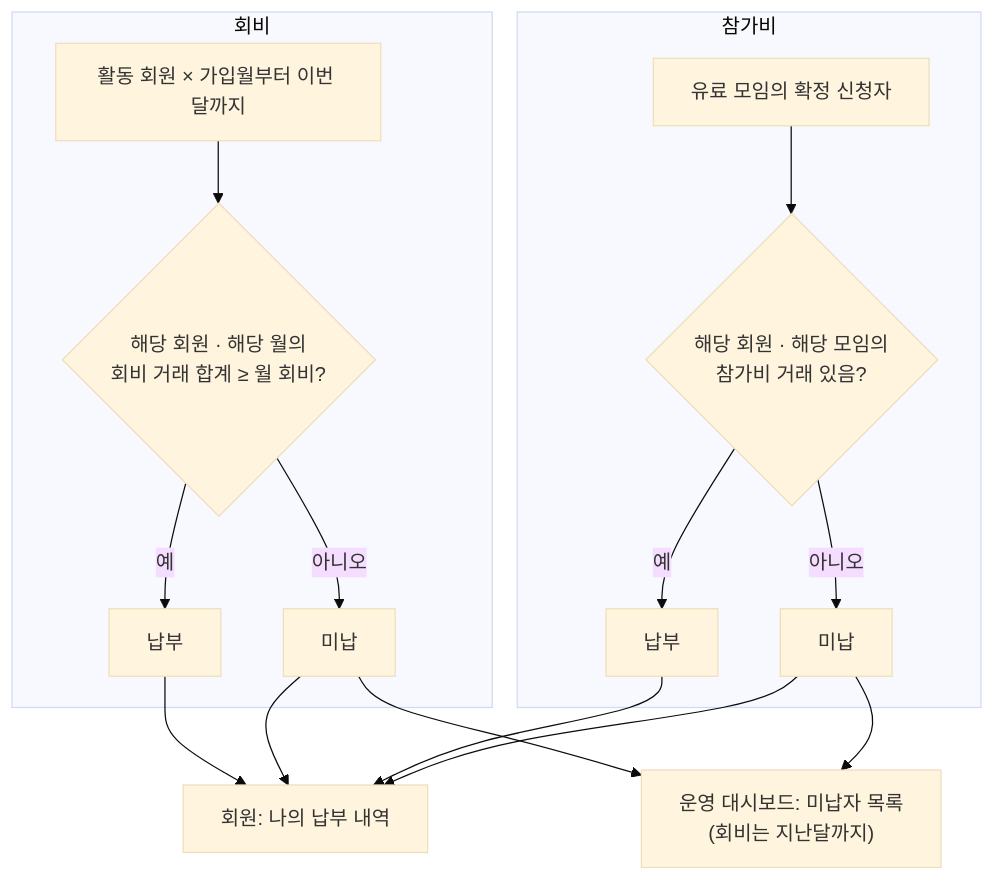
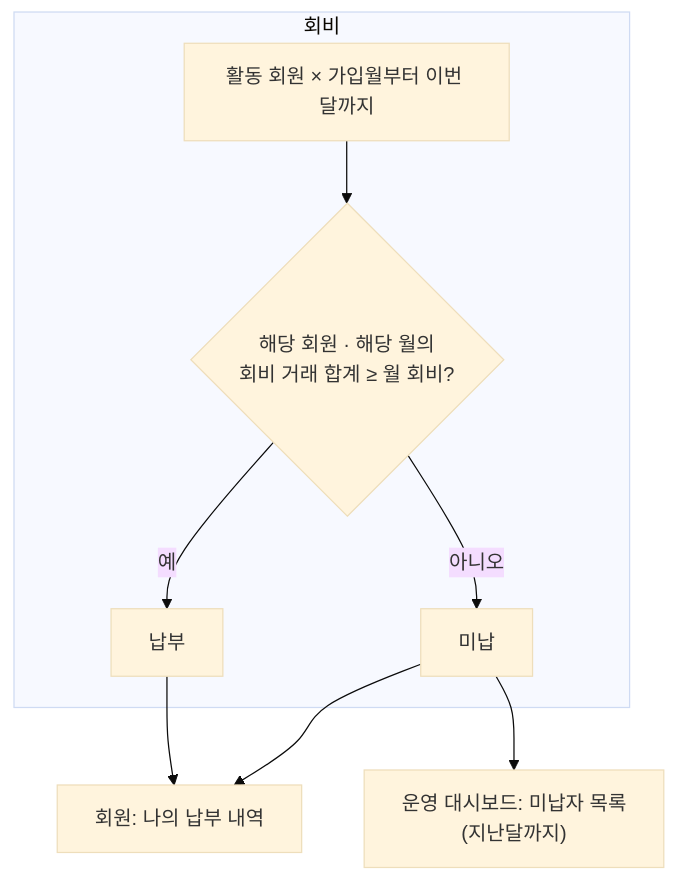
The ninth of 14 diagrams in 동작 흐름.md (keepmind7/AI_Club_Web), drawn with Mermaid (base theme) before and after one commit. The commit also changed other lines of this file and 33 other files, not shown here.

````diff
--- a/동작 흐름.md
+++ b/동작 흐름.md
@@ -166,19 +156,11 @@
 ```mermaid
 flowchart TD
     subgraph 회비
         A["활동 회원 × 가입월부터 이번 달까지"] --> B{"해당 회원 · 해당 월의<br/>회비 거래 합계 ≥ 월 회비?"}
         B -- 예 --> C["납부"]
         B -- 아니오 --> D["미납"]
     end
-    subgraph 참가비
-        E["유료 모임의 확정 신청자"] --> F{"해당 회원 · 해당 모임의<br/>참가비 거래 있음?"}
-        F -- 예 --> G["납부"]
-        F -- 아니오 --> H["미납"]
-    end
-    D --> I["운영 대시보드: 미납자 목록<br/>(회비는 지난달까지)"]
-    H --> I
+    D --> I["운영 대시보드: 미납자 목록<br/>(지난달까지)"]
     C --> J["회원: 나의 납부 내역"]
     D --> J
-    G --> J
-    H --> J
 ```
````
